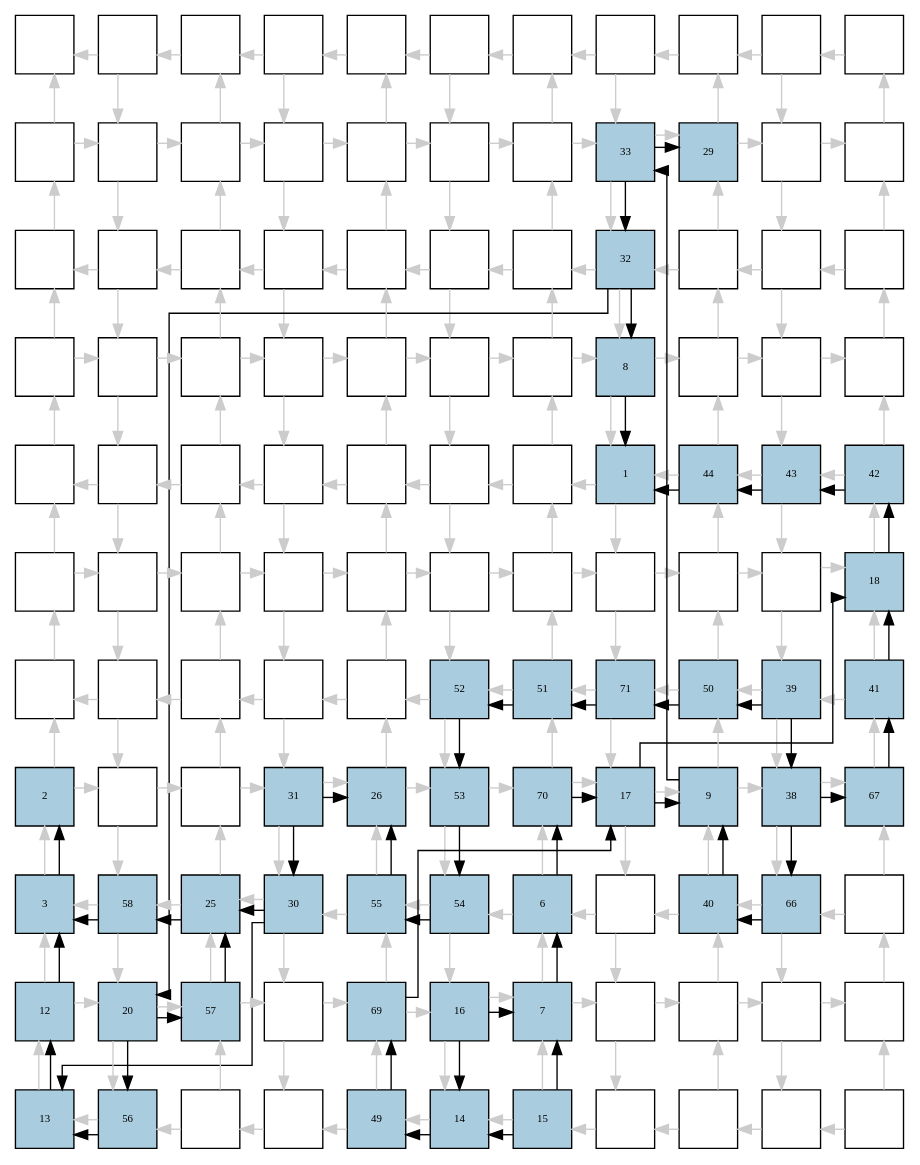
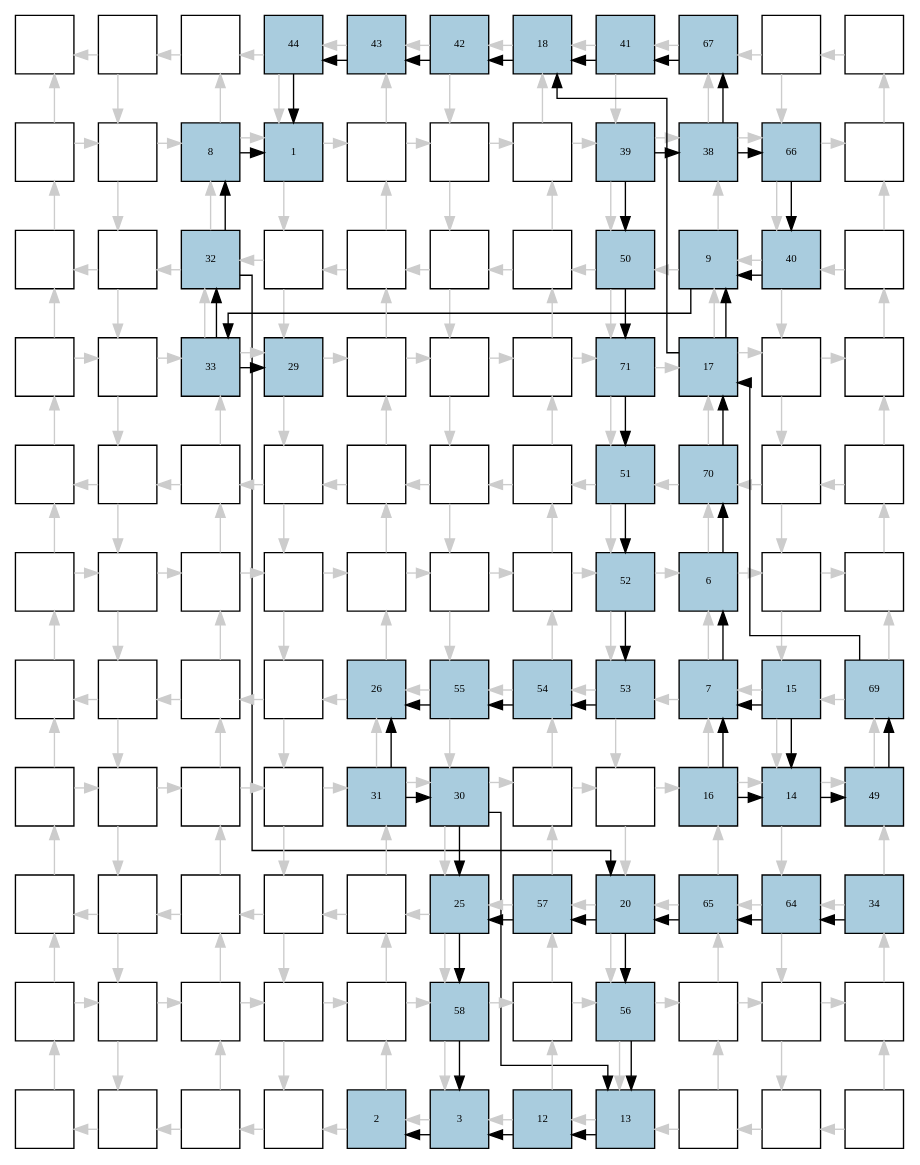
One commit to jeronimopenha/PeR changed the diagram in reports/qca/yott/dot/RCA2_inverted_1.dot. Above: the diagram before and after it, drawn with Graphviz. The commit also changed 558 other files, not shown here.

```diff
--- a/reports/qca/yott/dot/RCA2_inverted_1.dot
+++ b/reports/qca/yott/dot/RCA2_inverted_1.dot
@@ -7,45 +7,45 @@
 0[label="", fontsize=8, fillcolor="#ffffff"];
 1[label="", fontsize=8, fillcolor="#ffffff"];
 2[label="", fontsize=8, fillcolor="#ffffff"];
-3[label="", fontsize=8, fillcolor="#ffffff"];
-4[label="", fontsize=8, fillcolor="#ffffff"];
-5[label="", fontsize=8, fillcolor="#ffffff"];
-6[label="", fontsize=8, fillcolor="#ffffff"];
-7[label="", fontsize=8, fillcolor="#ffffff"];
-8[label="", fontsize=8, fillcolor="#ffffff"];
+3[label="44", fontsize=8, fillcolor="#a9ccde"];
+4[label="43", fontsize=8, fillcolor="#a9ccde"];
+5[label="42", fontsize=8, fillcolor="#a9ccde"];
+6[label="18", fontsize=8, fillcolor="#a9ccde"];
+7[label="41", fontsize=8, fillcolor="#a9ccde"];
+8[label="67", fontsize=8, fillcolor="#a9ccde"];
 9[label="", fontsize=8, fillcolor="#ffffff"];
 10[label="", fontsize=8, fillcolor="#ffffff"];
 11[label="", fontsize=8, fillcolor="#ffffff"];
 12[label="", fontsize=8, fillcolor="#ffffff"];
-13[label="", fontsize=8, fillcolor="#ffffff"];
-14[label="", fontsize=8, fillcolor="#ffffff"];
+13[label="8", fontsize=8, fillcolor="#a9ccde"];
+14[label="1", fontsize=8, fillcolor="#a9ccde"];
 15[label="", fontsize=8, fillcolor="#ffffff"];
 16[label="", fontsize=8, fillcolor="#ffffff"];
 17[label="", fontsize=8, fillcolor="#ffffff"];
-18[label="33", fontsize=8, fillcolor="#a9ccde"];
-19[label="29", fontsize=8, fillcolor="#a9ccde"];
-20[label="", fontsize=8, fillcolor="#ffffff"];
+18[label="39", fontsize=8, fillcolor="#a9ccde"];
+19[label="38", fontsize=8, fillcolor="#a9ccde"];
+20[label="66", fontsize=8, fillcolor="#a9ccde"];
 21[label="", fontsize=8, fillcolor="#ffffff"];
 22[label="", fontsize=8, fillcolor="#ffffff"];
 23[label="", fontsize=8, fillcolor="#ffffff"];
-24[label="", fontsize=8, fillcolor="#ffffff"];
+24[label="32", fontsize=8, fillcolor="#a9ccde"];
 25[label="", fontsize=8, fillcolor="#ffffff"];
 26[label="", fontsize=8, fillcolor="#ffffff"];
 27[label="", fontsize=8, fillcolor="#ffffff"];
 28[label="", fontsize=8, fillcolor="#ffffff"];
-29[label="32", fontsize=8, fillcolor="#a9ccde"];
-30[label="", fontsize=8, fillcolor="#ffffff"];
-31[label="", fontsize=8, fillcolor="#ffffff"];
+29[label="50", fontsize=8, fillcolor="#a9ccde"];
+30[label="9", fontsize=8, fillcolor="#a9ccde"];
+31[label="40", fontsize=8, fillcolor="#a9ccde"];
 32[label="", fontsize=8, fillcolor="#ffffff"];
 33[label="", fontsize=8, fillcolor="#ffffff"];
 34[label="", fontsize=8, fillcolor="#ffffff"];
-35[label="", fontsize=8, fillcolor="#ffffff"];
-36[label="", fontsize=8, fillcolor="#ffffff"];
+35[label="33", fontsize=8, fillcolor="#a9ccde"];
+36[label="29", fontsize=8, fillcolor="#a9ccde"];
 37[label="", fontsize=8, fillcolor="#ffffff"];
 38[label="", fontsize=8, fillcolor="#ffffff"];
 39[label="", fontsize=8, fillcolor="#ffffff"];
-40[label="8", fontsize=8, fillcolor="#a9ccde"];
-41[label="", fontsize=8, fillcolor="#ffffff"];
+40[label="71", fontsize=8, fillcolor="#a9ccde"];
+41[label="17", fontsize=8, fillcolor="#a9ccde"];
 42[label="", fontsize=8, fillcolor="#ffffff"];
 43[label="", fontsize=8, fillcolor="#ffffff"];
 44[label="", fontsize=8, fillcolor="#ffffff"];
@@ -55,10 +55,10 @@
 48[label="", fontsize=8, fillcolor="#ffffff"];
 49[label="", fontsize=8, fillcolor="#ffffff"];
 50[label="", fontsize=8, fillcolor="#ffffff"];
-51[label="1", fontsize=8, fillcolor="#a9ccde"];
-52[label="44", fontsize=8, fillcolor="#a9ccde"];
-53[label="43", fontsize=8, fillcolor="#a9ccde"];
-54[label="42", fontsize=8, fillcolor="#a9ccde"];
+51[label="51", fontsize=8, fillcolor="#a9ccde"];
+52[label="70", fontsize=8, fillcolor="#a9ccde"];
+53[label="", fontsize=8, fillcolor="#ffffff"];
+54[label="", fontsize=8, fillcolor="#ffffff"];
 55[label="", fontsize=8, fillcolor="#ffffff"];
 56[label="", fontsize=8, fillcolor="#ffffff"];
 57[label="", fontsize=8, fillcolor="#ffffff"];
@@ -66,62 +66,62 @@
 59[label="", fontsize=8, fillcolor="#ffffff"];
 60[label="", fontsize=8, fillcolor="#ffffff"];
 61[label="", fontsize=8, fillcolor="#ffffff"];
-62[label="", fontsize=8, fillcolor="#ffffff"];
-63[label="", fontsize=8, fillcolor="#ffffff"];
+62[label="52", fontsize=8, fillcolor="#a9ccde"];
+63[label="6", fontsize=8, fillcolor="#a9ccde"];
 64[label="", fontsize=8, fillcolor="#ffffff"];
-65[label="18", fontsize=8, fillcolor="#a9ccde"];
+65[label="", fontsize=8, fillcolor="#ffffff"];
 66[label="", fontsize=8, fillcolor="#ffffff"];
 67[label="", fontsize=8, fillcolor="#ffffff"];
 68[label="", fontsize=8, fillcolor="#ffffff"];
 69[label="", fontsize=8, fillcolor="#ffffff"];
-70[label="", fontsize=8, fillcolor="#ffffff"];
-71[label="52", fontsize=8, fillcolor="#a9ccde"];
-72[label="51", fontsize=8, fillcolor="#a9ccde"];
-73[label="71", fontsize=8, fillcolor="#a9ccde"];
-74[label="50", fontsize=8, fillcolor="#a9ccde"];
-75[label="39", fontsize=8, fillcolor="#a9ccde"];
-76[label="41", fontsize=8, fillcolor="#a9ccde"];
-77[label="2", fontsize=8, fillcolor="#a9ccde"];
+70[label="26", fontsize=8, fillcolor="#a9ccde"];
+71[label="55", fontsize=8, fillcolor="#a9ccde"];
+72[label="54", fontsize=8, fillcolor="#a9ccde"];
+73[label="53", fontsize=8, fillcolor="#a9ccde"];
+74[label="7", fontsize=8, fillcolor="#a9ccde"];
+75[label="15", fontsize=8, fillcolor="#a9ccde"];
+76[label="69", fontsize=8, fillcolor="#a9ccde"];
+77[label="", fontsize=8, fillcolor="#ffffff"];
 78[label="", fontsize=8, fillcolor="#ffffff"];
 79[label="", fontsize=8, fillcolor="#ffffff"];
-80[label="31", fontsize=8, fillcolor="#a9ccde"];
-81[label="26", fontsize=8, fillcolor="#a9ccde"];
-82[label="53", fontsize=8, fillcolor="#a9ccde"];
-83[label="70", fontsize=8, fillcolor="#a9ccde"];
-84[label="17", fontsize=8, fillcolor="#a9ccde"];
-85[label="9", fontsize=8, fillcolor="#a9ccde"];
-86[label="38", fontsize=8, fillcolor="#a9ccde"];
-87[label="67", fontsize=8, fillcolor="#a9ccde"];
-88[label="3", fontsize=8, fillcolor="#a9ccde"];
-89[label="58", fontsize=8, fillcolor="#a9ccde"];
-90[label="25", fontsize=8, fillcolor="#a9ccde"];
-91[label="30", fontsize=8, fillcolor="#a9ccde"];
-92[label="55", fontsize=8, fillcolor="#a9ccde"];
-93[label="54", fontsize=8, fillcolor="#a9ccde"];
-94[label="6", fontsize=8, fillcolor="#a9ccde"];
-95[label="", fontsize=8, fillcolor="#ffffff"];
-96[label="40", fontsize=8, fillcolor="#a9ccde"];
-97[label="66", fontsize=8, fillcolor="#a9ccde"];
-98[label="", fontsize=8, fillcolor="#ffffff"];
-99[label="12", fontsize=8, fillcolor="#a9ccde"];
-100[label="20", fontsize=8, fillcolor="#a9ccde"];
-101[label="57", fontsize=8, fillcolor="#a9ccde"];
+80[label="", fontsize=8, fillcolor="#ffffff"];
+81[label="31", fontsize=8, fillcolor="#a9ccde"];
+82[label="30", fontsize=8, fillcolor="#a9ccde"];
+83[label="", fontsize=8, fillcolor="#ffffff"];
+84[label="", fontsize=8, fillcolor="#ffffff"];
+85[label="16", fontsize=8, fillcolor="#a9ccde"];
+86[label="14", fontsize=8, fillcolor="#a9ccde"];
+87[label="49", fontsize=8, fillcolor="#a9ccde"];
+88[label="", fontsize=8, fillcolor="#ffffff"];
+89[label="", fontsize=8, fillcolor="#ffffff"];
+90[label="", fontsize=8, fillcolor="#ffffff"];
+91[label="", fontsize=8, fillcolor="#ffffff"];
+92[label="", fontsize=8, fillcolor="#ffffff"];
+93[label="25", fontsize=8, fillcolor="#a9ccde"];
+94[label="57", fontsize=8, fillcolor="#a9ccde"];
+95[label="20", fontsize=8, fillcolor="#a9ccde"];
+96[label="65", fontsize=8, fillcolor="#a9ccde"];
+97[label="64", fontsize=8, fillcolor="#a9ccde"];
+98[label="34", fontsize=8, fillcolor="#a9ccde"];
+99[label="", fontsize=8, fillcolor="#ffffff"];
+100[label="", fontsize=8, fillcolor="#ffffff"];
+101[label="", fontsize=8, fillcolor="#ffffff"];
 102[label="", fontsize=8, fillcolor="#ffffff"];
-103[label="69", fontsize=8, fillcolor="#a9ccde"];
-104[label="16", fontsize=8, fillcolor="#a9ccde"];
-105[label="7", fontsize=8, fillcolor="#a9ccde"];
-106[label="", fontsize=8, fillcolor="#ffffff"];
+103[label="", fontsize=8, fillcolor="#ffffff"];
+104[label="58", fontsize=8, fillcolor="#a9ccde"];
+105[label="", fontsize=8, fillcolor="#ffffff"];
+106[label="56", fontsize=8, fillcolor="#a9ccde"];
 107[label="", fontsize=8, fillcolor="#ffffff"];
 108[label="", fontsize=8, fillcolor="#ffffff"];
 109[label="", fontsize=8, fillcolor="#ffffff"];
-110[label="13", fontsize=8, fillcolor="#a9ccde"];
-111[label="56", fontsize=8, fillcolor="#a9ccde"];
+110[label="", fontsize=8, fillcolor="#ffffff"];
+111[label="", fontsize=8, fillcolor="#ffffff"];
 112[label="", fontsize=8, fillcolor="#ffffff"];
 113[label="", fontsize=8, fillcolor="#ffffff"];
-114[label="49", fontsize=8, fillcolor="#a9ccde"];
-115[label="14", fontsize=8, fillcolor="#a9ccde"];
-116[label="15", fontsize=8, fillcolor="#a9ccde"];
-117[label="", fontsize=8, fillcolor="#ffffff"];
+114[label="2", fontsize=8, fillcolor="#a9ccde"];
+115[label="3", fontsize=8, fillcolor="#a9ccde"];
+116[label="12", fontsize=8, fillcolor="#a9ccde"];
+117[label="13", fontsize=8, fillcolor="#a9ccde"];
 118[label="", fontsize=8, fillcolor="#ffffff"];
 119[label="", fontsize=8, fillcolor="#ffffff"];
 120[label="", fontsize=8, fillcolor="#ffffff"];
@@ -346,56 +346,59 @@
 119 -> 118 [color="#cccccc"];
 120 -> 109 [color="#cccccc"];
 120 -> 119 [color="#cccccc"];
-75 -> 86;
-86 -> 97;
-97 -> 96;
-96 -> 85;
-84 -> 85;
+18 -> 19;
+19 -> 20;
+20 -> 31;
+31 -> 30;
+41 -> 30;
+19 -> 8;
+8 -> 7;
+7 -> 6;
+41 -> 6;
+117 -> 116;
+13 -> 14;
+6 -> 5;
+5 -> 4;
+4 -> 3;
+3 -> 14;
+81 -> 82;
 86 -> 87;
 87 -> 76;
-76 -> 65;
-84 -> 65;
-110 -> 99;
+76 -> 41;
+63 -> 52;
+52 -> 41;
+35 -> 36;
+81 -> 70;
+18 -> 29;
+29 -> 40;
 40 -> 51;
-65 -> 54;
-54 -> 53;
-53 -> 52;
-52 -> 51;
-80 -> 91;
-115 -> 114;
-114 -> 103;
-103 -> 84;
-94 -> 83;
-83 -> 84;
-18 -> 19;
-80 -> 81;
-75 -> 74;
-74 -> 73;
+51 -> 62;
+62 -> 73;
 73 -> 72;
 72 -> 71;
-71 -> 82;
+71 -> 70;
+82 -> 117;
+95 -> 106;
+106 -> 117;
 82 -> 93;
-93 -> 92;
-92 -> 81;
-91 -> 110;
-100 -> 111;
-111 -> 110;
-91 -> 90;
-100 -> 101;
-101 -> 90;
-99 -> 88;
-90 -> 89;
-89 -> 88;
-18 -> 29;
-88 -> 77;
+95 -> 94;
+94 -> 93;
+116 -> 115;
+93 -> 104;
 104 -> 115;
-116 -> 115;
-104 -> 105;
-116 -> 105;
-85 -> 18;
-105 -> 94;
-29 -> 40;
-29 -> 100;
+35 -> 24;
+115 -> 114;
+85 -> 86;
+75 -> 86;
+85 -> 74;
+75 -> 74;
+30 -> 35;
+74 -> 63;
+24 -> 13;
+24 -> 95;
+98 -> 97;
+97 -> 96;
+96 -> 95;
 edge [constraint=true, style=invis];
 0 -> 11 -> 22 -> 33 -> 44 -> 55 -> 66 -> 77 -> 88 -> 99 -> 110;
 1 -> 12 -> 23 -> 34 -> 45 -> 56 -> 67 -> 78 -> 89 -> 100 -> 111;
```
